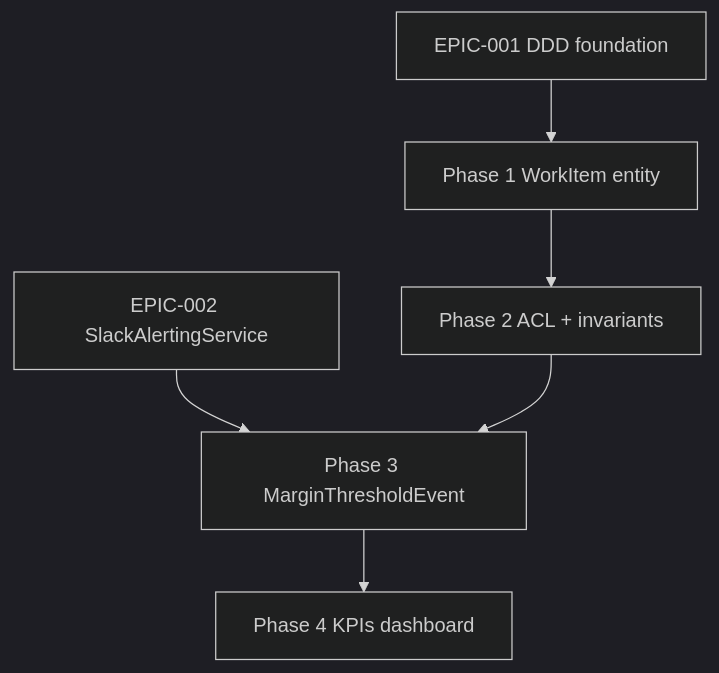
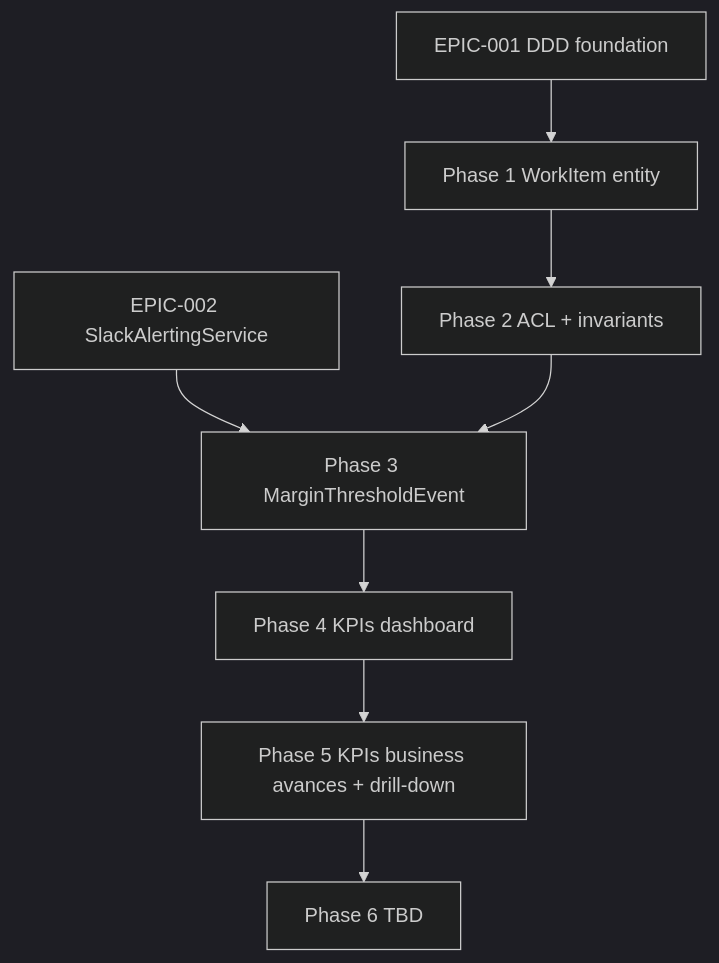
One commit to thibmonier/hotones changed the diagram in project-management/backlog/epics/EPIC-003-workitem-and-profitability.md. Above: the diagram before and after it, drawn with Mermaid (dark theme). The commit also changed other lines of this file and 2 other files, not shown here.

First line of the commit message:
docs(backlog): refresh EPIC-003 doc + index sp-024..026 + hotfix stub Conversion (#309)

````diff
--- a/project-management/backlog/epics/EPIC-003-workitem-and-profitability.md
+++ b/project-management/backlog/epics/EPIC-003-workitem-and-profitability.md
@@ -115,8 +142,10 @@
 ```mermaid
 flowchart TD
     EPIC001[EPIC-001 DDD foundation] --> EPIC003P1[Phase 1 WorkItem entity]
     EPIC002[EPIC-002 SlackAlertingService] --> EPIC003P3[Phase 3 MarginThresholdEvent]
     EPIC003P1 --> EPIC003P2[Phase 2 ACL + invariants]
     EPIC003P2 --> EPIC003P3
     EPIC003P3 --> EPIC003P4[Phase 4 KPIs dashboard]
+    EPIC003P4 --> EPIC003P5[Phase 5 KPIs business avances + drill-down]
+    EPIC003P5 --> EPIC003P6[Phase 6 TBD]
 ```
````
